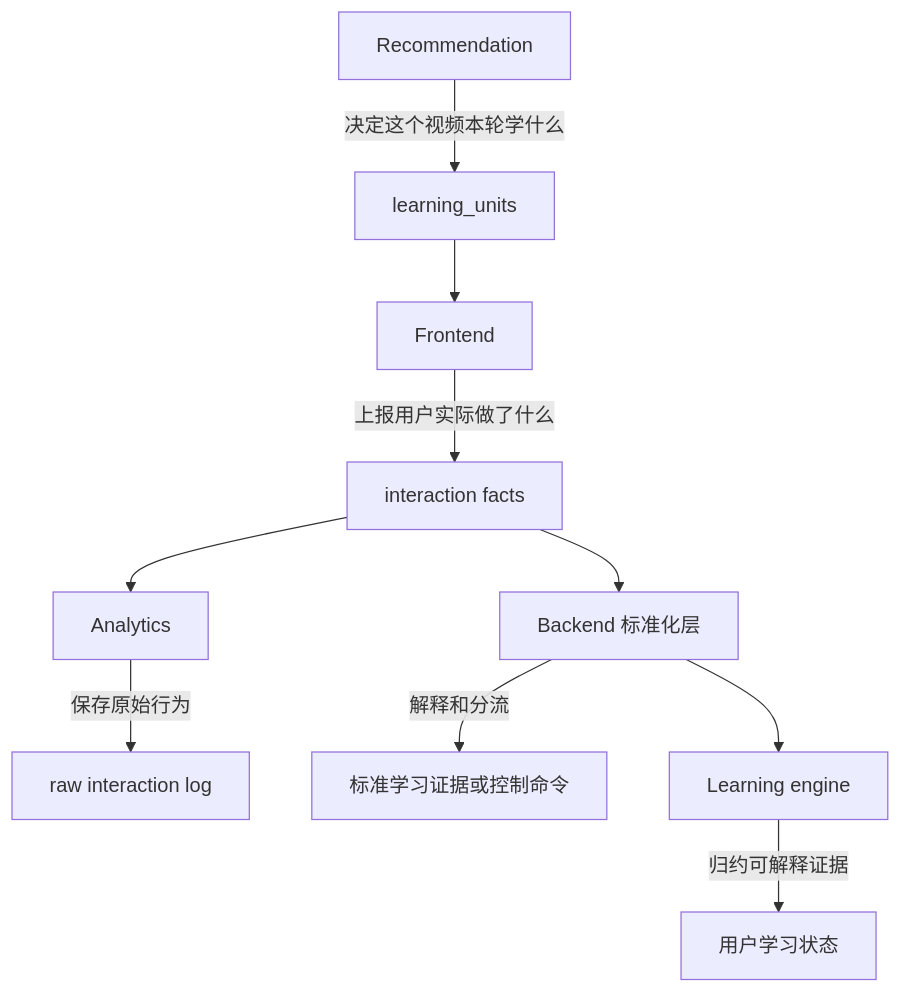
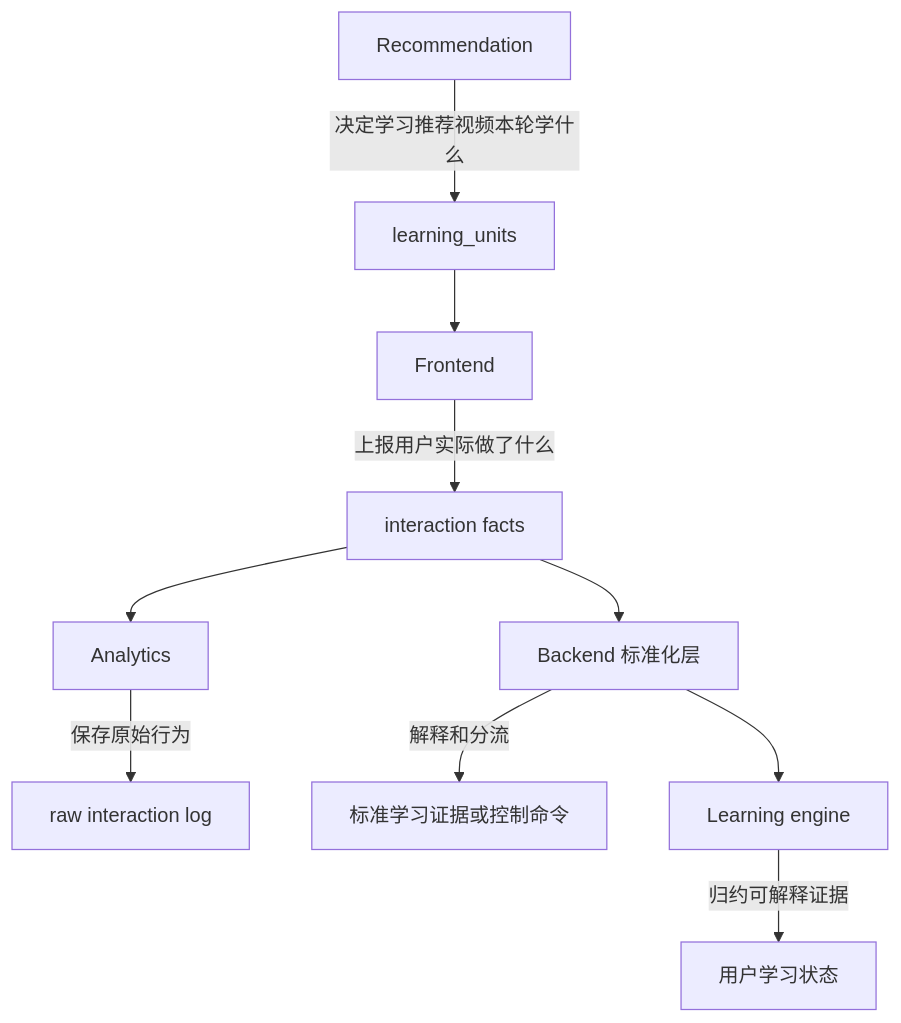
Before and after one commit to bionicotaku/learning-video-recommendation-system: the third of 13 diagrams in docs/学习互动信号语义设计.md, drawn with Mermaid. The commit also changed other lines of this file and 36 other files, not shown here.

````diff
--- a/docs/学习互动信号语义设计.md
+++ b/docs/学习互动信号语义设计.md
@@ -93,13 +93,13 @@
 ```mermaid
 flowchart TD
-    REC["Recommendation"] -->|决定这个视频本轮学什么| PLAN["learning_units"]
+    REC["Recommendation"] -->|决定学习推荐视频本轮学什么| PLAN["learning_units"]
     FE["Frontend"] -->|上报用户实际做了什么| INT["interaction facts"]
     AN["Analytics"] -->|保存原始行为| RAW["raw interaction log"]
     BE["Backend 标准化层"] -->|解释和分流| STD["标准学习证据或控制命令"]
     LE["Learning engine"] -->|归约可解释证据| STATE["用户学习状态"]
 
     PLAN --> FE
     INT --> AN
     INT --> BE
     BE --> LE
 ```
````
